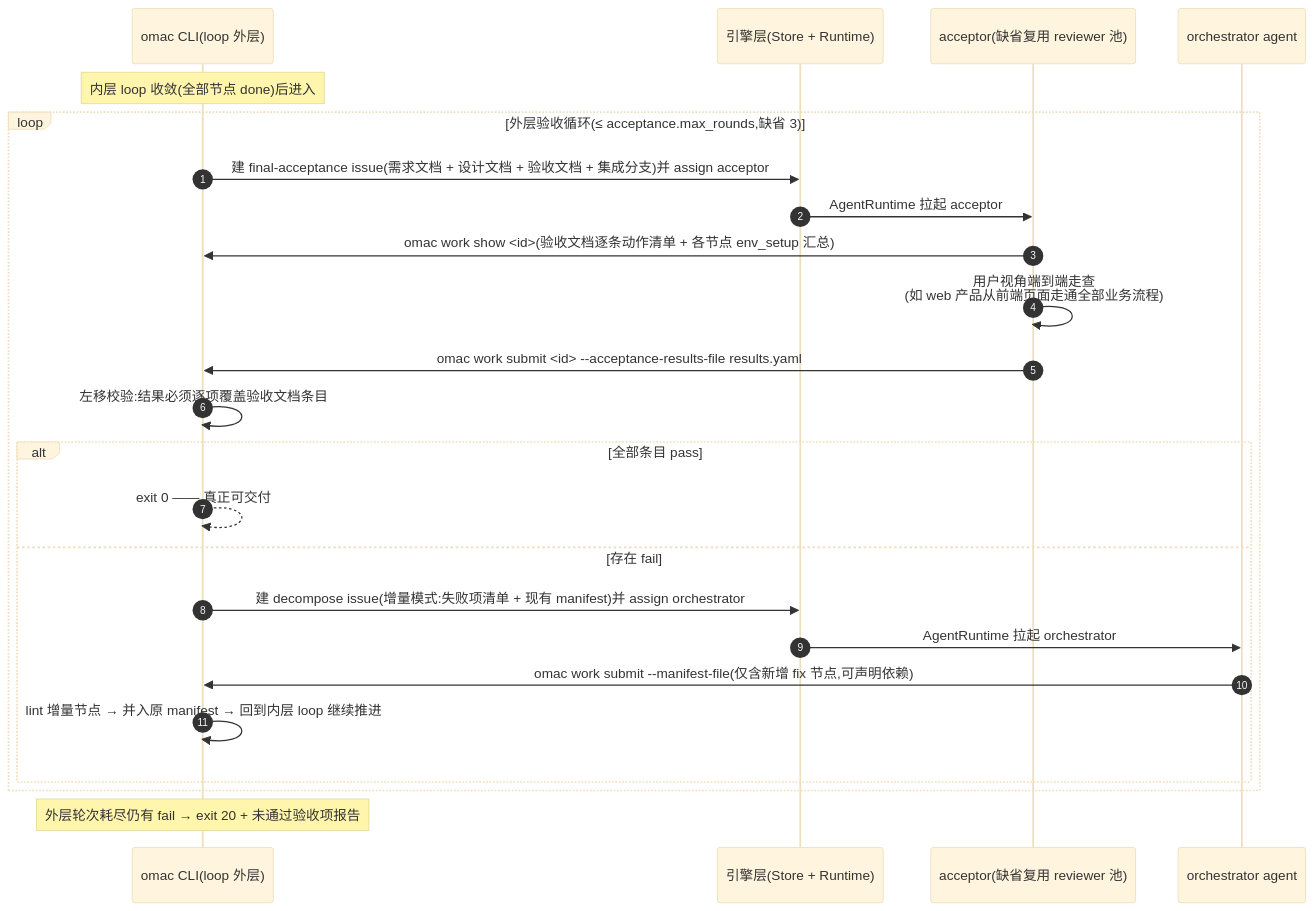
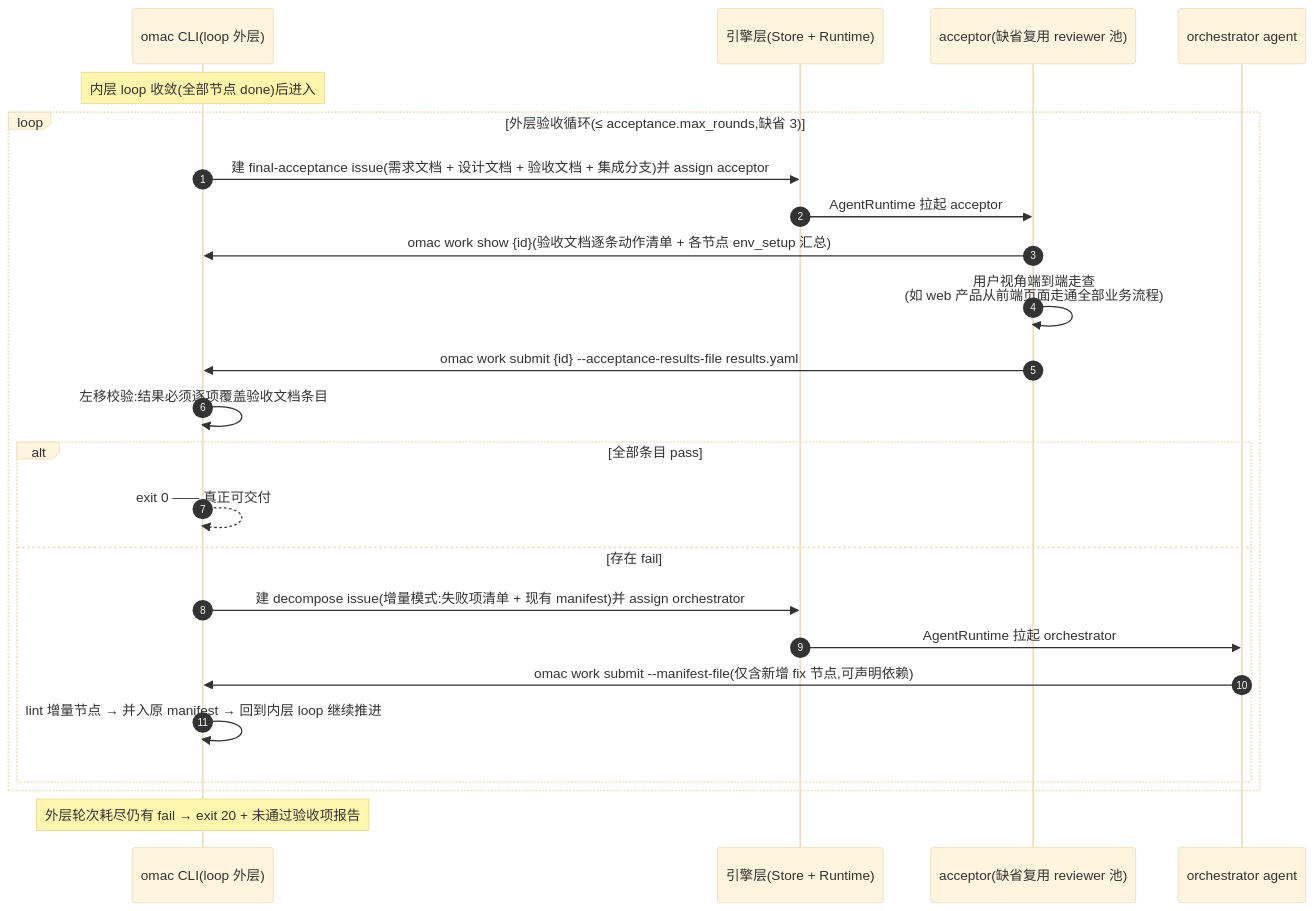
Before and after one commit to xiaohei-info/oh-my-multica: the seventh of 7 diagrams in docs/omac-cli-design.md, drawn with Mermaid (base theme). The commit also changed other lines of this file, not shown here.

First line of the commit message:
docs(omac): 去 squad 概念、评审改同 issue 转派、修复 mermaid 渲染

````diff
--- a/docs/omac-cli-design.md
+++ b/docs/omac-cli-design.md
@@ -541,29 +537,29 @@
 ```mermaid
 sequenceDiagram
     autonumber
     participant C as omac CLI(loop 外层)
     participant M as 引擎层(Store + Runtime)
     participant A as acceptor(缺省复用 reviewer 池)
     participant O as orchestrator agent
 
     Note over C: 内层 loop 收敛(全部节点 done)后进入
 
     loop 外层验收循环(≤ acceptance.max_rounds,缺省 3)
         C->>M: 建 final-acceptance issue(需求文档 + 设计文档 + 验收文档 + 集成分支)并 assign acceptor
         M->>A: AgentRuntime 拉起 acceptor
-        A->>C: omac work show <id>(验收文档逐条动作清单 + 各节点 env_setup 汇总)
+        A->>C: omac work show {id}(验收文档逐条动作清单 + 各节点 env_setup 汇总)
         A->>A: 用户视角端到端走查<br/>(如 web 产品从前端页面走通全部业务流程)
-        A->>C: omac work submit <id> --acceptance-results-file results.yaml
+        A->>C: omac work submit {id} --acceptance-results-file results.yaml
         C->>C: 左移校验:结果必须逐项覆盖验收文档条目
 
         alt 全部条目 pass
             C-->>C: exit 0 —— 真正可交付
         else 存在 fail
             C->>M: 建 decompose issue(增量模式:失败项清单 + 现有 manifest)并 assign orchestrator
             M->>O: AgentRuntime 拉起 orchestrator
             O->>C: omac work submit --manifest-file(仅含新增 fix 节点,可声明依赖)
             C->>C: lint 增量节点 → 并入原 manifest → 回到内层 loop 继续推进
         end
     end
     Note over C: 外层轮次耗尽仍有 fail → exit 20 + 未通过验收项报告
 ```
````
